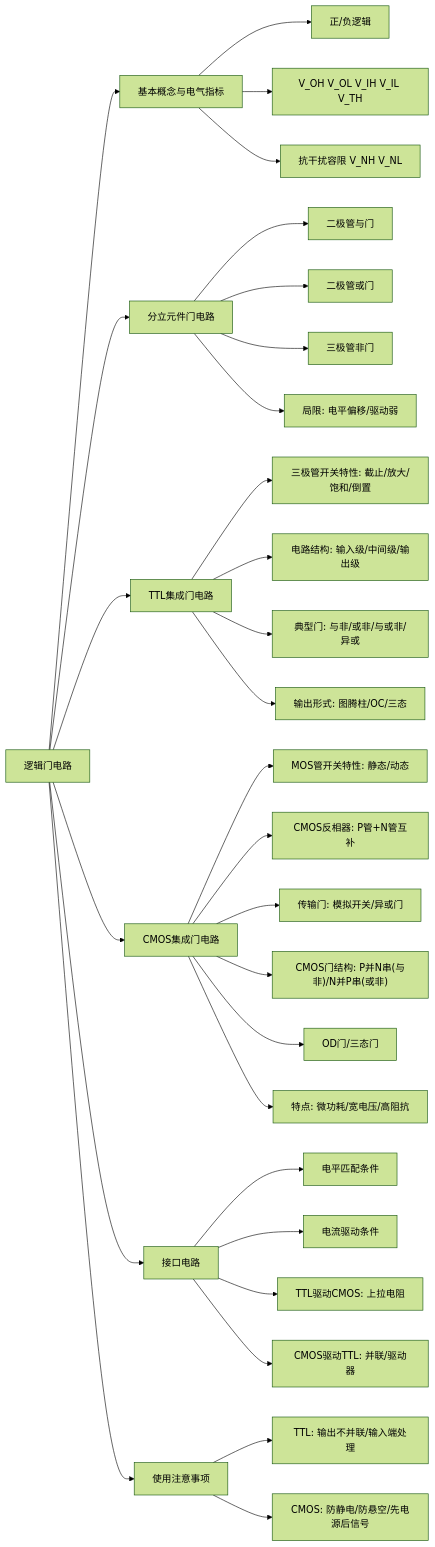
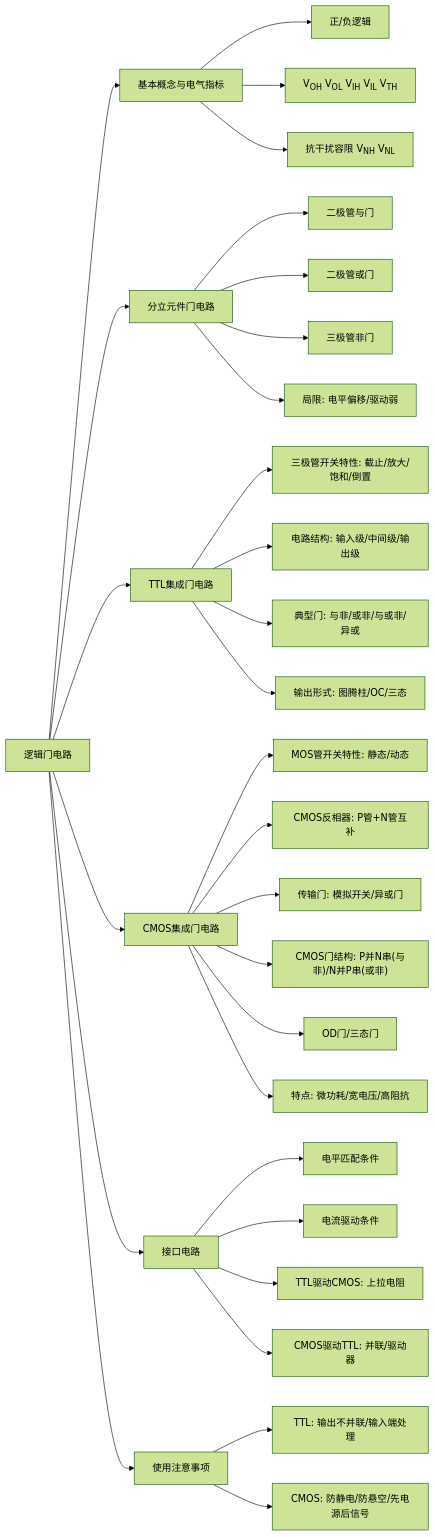
Before and after one commit to LiuandXu/digital-electronics-wiki: the diagram in docs/ch03/summary.md, drawn with Mermaid (forest theme). The commit also changed 1 other file, not shown here.

Commit message:
fix: Mermaid节点内下标用HTML<sub>标签替代下划线

````diff
--- a/docs/ch03/summary.md
+++ b/docs/ch03/summary.md
@@ -7,38 +7,38 @@
 ```mermaid
 graph LR
     A["逻辑门电路"] --> B["基本概念与电气指标"]
     A --> C["分立元件门电路"]
     A --> D["TTL集成门电路"]
     A --> E["CMOS集成门电路"]
     A --> F["接口电路"]
     A --> G["使用注意事项"]
     
     B --> B1["正/负逻辑"]
-    B --> B2["V_OH V_OL V_IH V_IL V_TH"]
-    B --> B3["抗干扰容限 V_NH V_NL"]
+    B --> B2["V<sub>OH</sub> V<sub>OL</sub> V<sub>IH</sub> V<sub>IL</sub> V<sub>TH</sub>"]
+    B --> B3["抗干扰容限 V<sub>NH</sub> V<sub>NL</sub>"]
     
     C --> C1["二极管与门"]
     C --> C2["二极管或门"]
     C --> C3["三极管非门"]
     C --> C4["局限: 电平偏移/驱动弱"]
     
     D --> D1["三极管开关特性: 截止/放大/饱和/倒置"]
     D --> D2["电路结构: 输入级/中间级/输出级"]
     D --> D3["典型门: 与非/或非/与或非/异或"]
     D --> D4["输出形式: 图腾柱/OC/三态"]
     
     E --> E1["MOS管开关特性: 静态/动态"]
     E --> E2["CMOS反相器: P管+N管互补"]
     E --> E3["传输门: 模拟开关/异或门"]
     E --> E4["CMOS门结构: P并N串(与非)/N并P串(或非)"]
     E --> E5["OD门/三态门"]
     E --> E6["特点: 微功耗/宽电压/高阻抗"]
     
     F --> F1["电平匹配条件"]
     F --> F2["电流驱动条件"]
     F --> F3["TTL驱动CMOS: 上拉电阻"]
     F --> F4["CMOS驱动TTL: 并联/驱动器"]
     
     G --> G1["TTL: 输出不并联/输入端处理"]
     G --> G2["CMOS: 防静电/防悬空/先电源后信号"]
 ```
````
